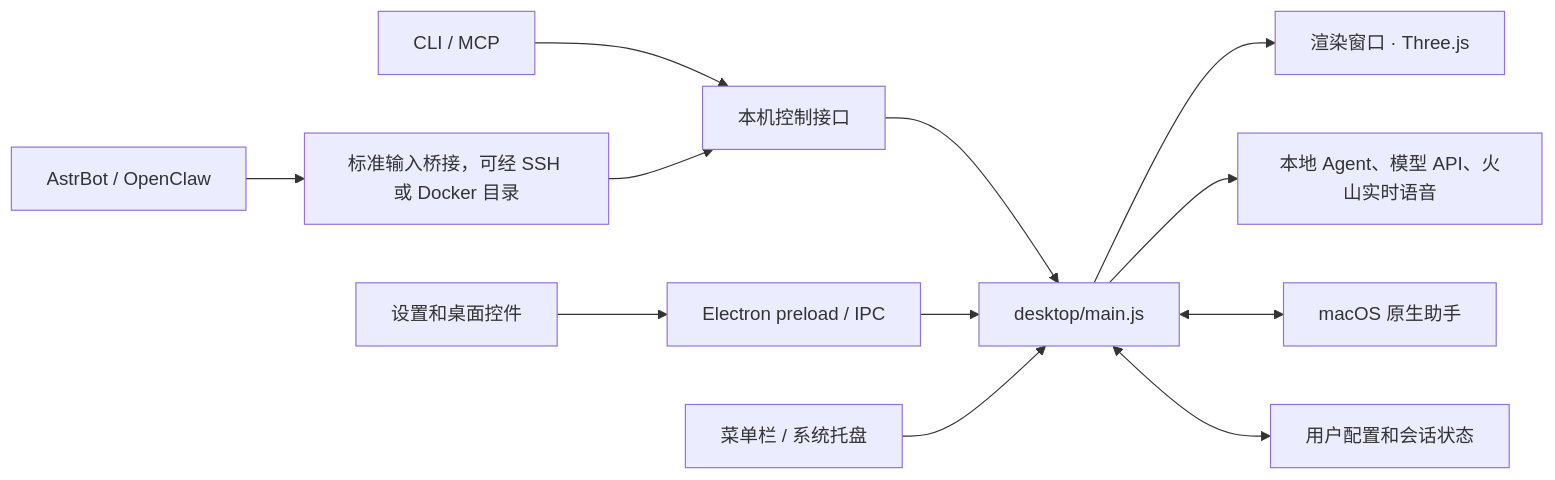
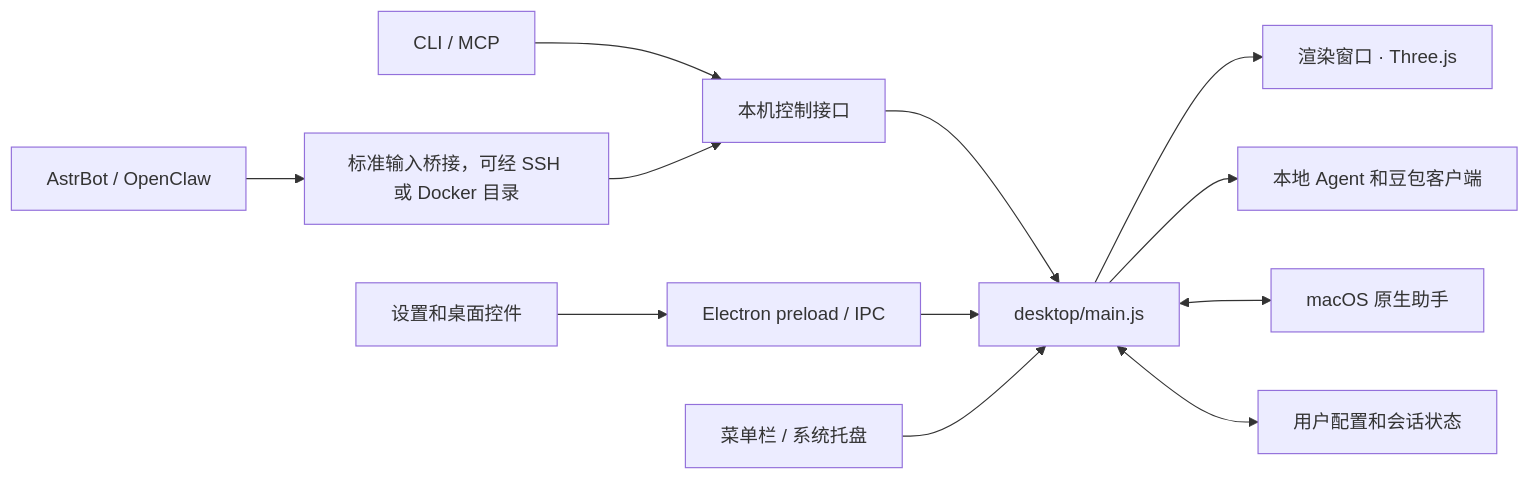
Before and after one commit to yincongcyincong/VA: the diagram in docs/architecture.md, drawn with Mermaid. The commit also changed other lines of this file and 79 other files, not shown here.

````diff
--- a/docs/architecture.md
+++ b/docs/architecture.md
@@ -5,14 +5,14 @@
 ```mermaid
 flowchart LR
     UI["设置和桌面控件"] --> IPC["Electron preload / IPC"]
     CLI["CLI / MCP"] --> Control["本机控制接口"]
     Bot["AstrBot / OpenClaw"] --> Bridge["标准输入桥接，可经 SSH 或 Docker 目录"]
     Bridge --> Control
     Control --> Main["desktop/main.js"]
     IPC --> Main
     Tray["菜单栏 / 系统托盘"] --> Main
     Main --> Renderer["渲染窗口 · Three.js"]
-    Main --> Agents["本地 Agent、模型 API、火山实时语音"]
+    Main --> Agents["本地 Agent 和豆包客户端"]
     Main <--> Native["macOS 原生助手"]
     Main <--> Config["用户配置和会话状态"]
 ```
````
